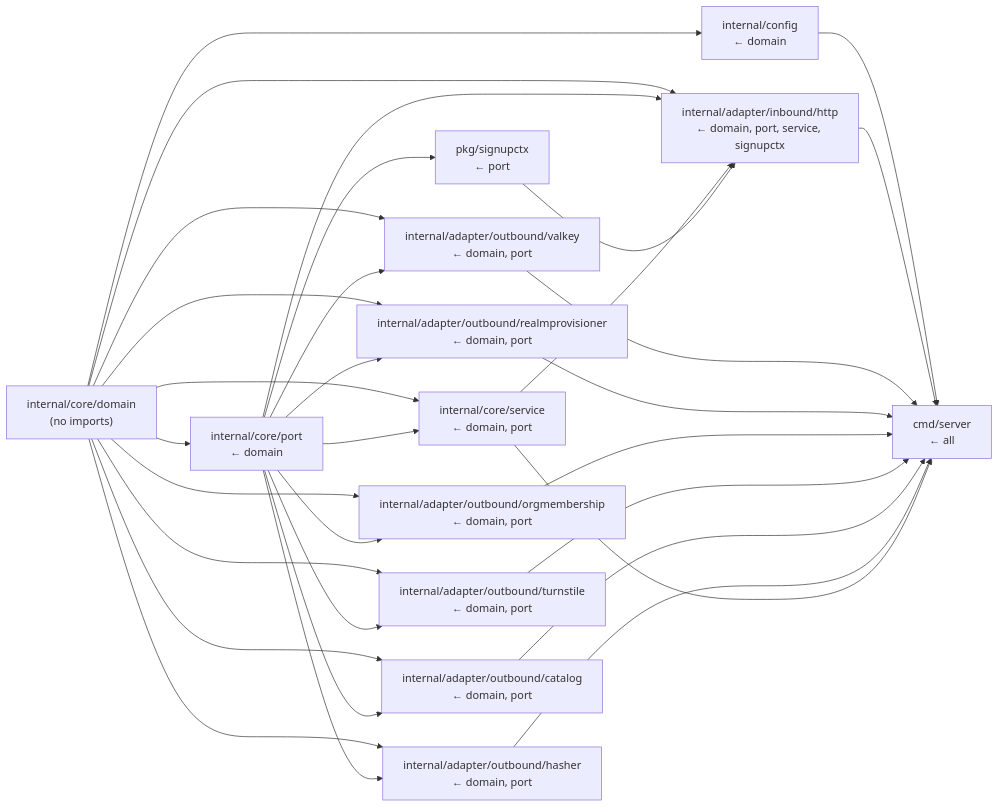
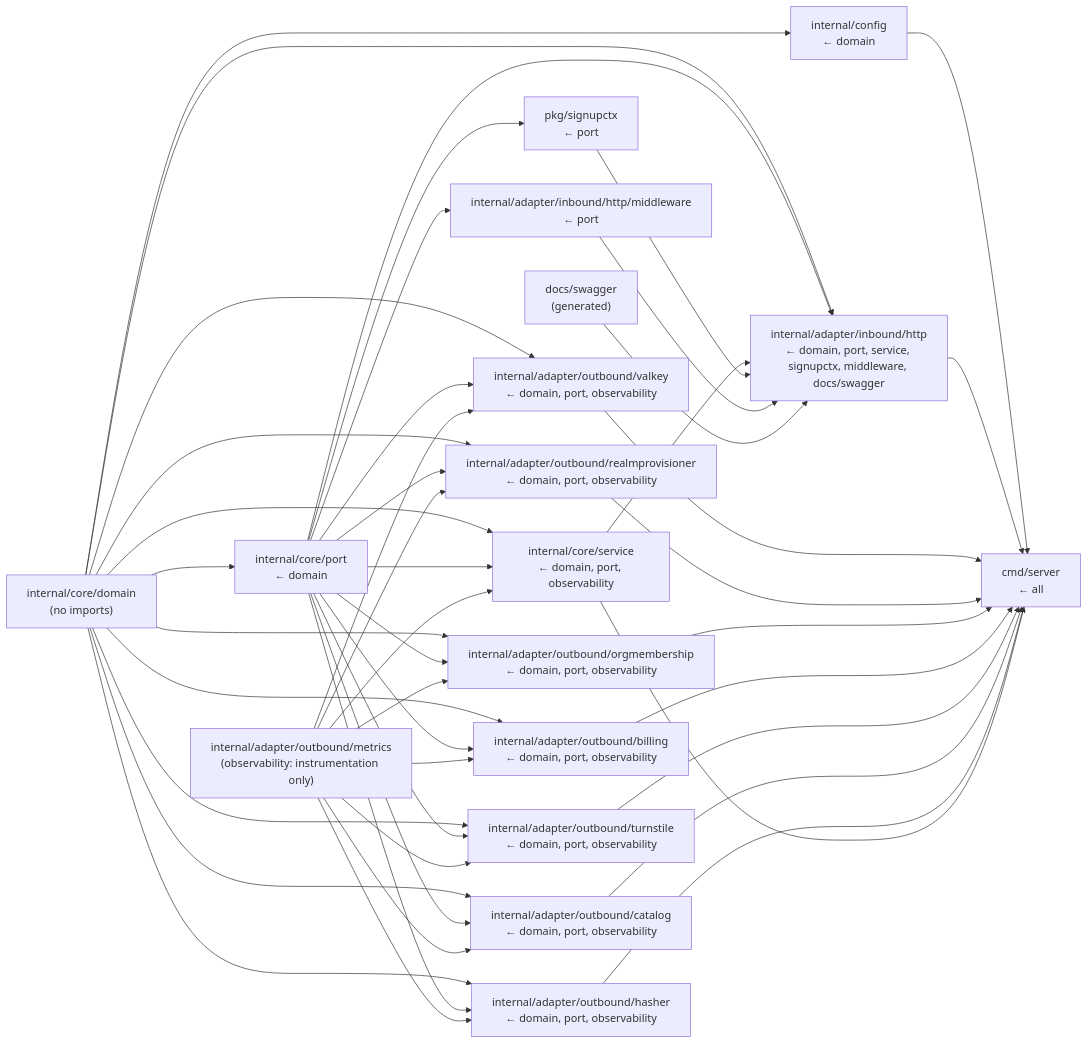
The diagram in docs/architecture/mermaid/package-dependencies.mmd (BCBP-SOLUTIONS-FZC-LLC/bff-signup), drawn with Mermaid before and after one commit. The commit also changed 111 other files, not shown here.

```diff
--- a/docs/architecture/mermaid/package-dependencies.mmd
+++ b/docs/architecture/mermaid/package-dependencies.mmd
@@ -1,45 +1,63 @@
 graph LR
     domain["internal/core/domain\n(no imports)"]
     port["internal/core/port\n← domain"]
     signupctx["pkg/signupctx\n← port"]
-    service["internal/core/service\n← domain, port"]
+    observability["internal/adapter/outbound/metrics\n(observability: instrumentation only)"]
+    service["internal/core/service\n← domain, port, observability"]
     config["internal/config\n← domain"]
-    inbound["internal/adapter/inbound/http\n← domain, port, service, signupctx"]
-    outbound_v["internal/adapter/outbound/valkey\n← domain, port"]
-    outbound_rp["internal/adapter/outbound/realmprovisioner\n← domain, port"]
-    outbound_om["internal/adapter/outbound/orgmembership\n← domain, port"]
-    outbound_t["internal/adapter/outbound/turnstile\n← domain, port"]
-    outbound_c["internal/adapter/outbound/catalog\n← domain, port"]
-    outbound_h["internal/adapter/outbound/hasher\n← domain, port"]
+    middleware["internal/adapter/inbound/http/middleware\n← port"]
+    swagger["docs/swagger\n(generated)"]
+    inbound["internal/adapter/inbound/http\n← domain, port, service, signupctx, middleware, docs/swagger"]
+    outbound_v["internal/adapter/outbound/valkey\n← domain, port, observability"]
+    outbound_rp["internal/adapter/outbound/realmprovisioner\n← domain, port, observability"]
+    outbound_om["internal/adapter/outbound/orgmembership\n← domain, port, observability"]
+    outbound_b["internal/adapter/outbound/billing\n← domain, port, observability"]
+    outbound_t["internal/adapter/outbound/turnstile\n← domain, port, observability"]
+    outbound_c["internal/adapter/outbound/catalog\n← domain, port, observability"]
+    outbound_h["internal/adapter/outbound/hasher\n← domain, port, observability"]
     cmd["cmd/server\n← all"]
 
     domain --> port
     port --> signupctx
     domain --> service
     port --> service
+    observability --> service
     domain --> config
+    port --> middleware
     domain --> inbound
     port --> inbound
     service --> inbound
     signupctx --> inbound
+    middleware --> inbound
+    swagger --> inbound
     domain --> outbound_v
     port --> outbound_v
     domain --> outbound_rp
     port --> outbound_rp
     domain --> outbound_om
     port --> outbound_om
+    domain --> outbound_b
+    port --> outbound_b
     domain --> outbound_t
     port --> outbound_t
     domain --> outbound_c
     port --> outbound_c
     domain --> outbound_h
     port --> outbound_h
+    observability --> outbound_v
+    observability --> outbound_rp
+    observability --> outbound_om
+    observability --> outbound_b
+    observability --> outbound_t
+    observability --> outbound_c
+    observability --> outbound_h
     config --> cmd
     inbound --> cmd
     outbound_v --> cmd
     outbound_rp --> cmd
     outbound_om --> cmd
+    outbound_b --> cmd
     outbound_t --> cmd
     outbound_c --> cmd
     outbound_h --> cmd
     service --> cmd
```
